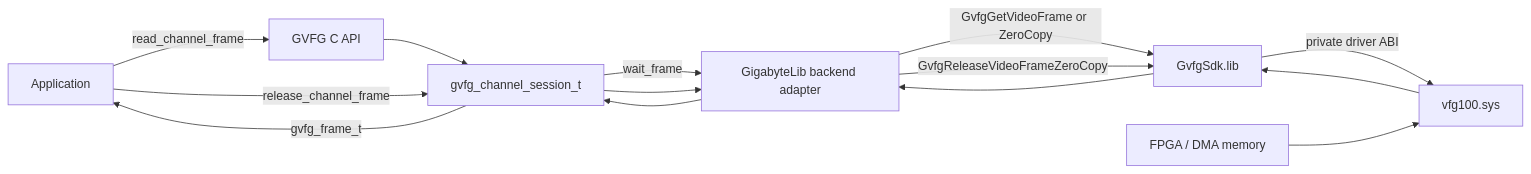
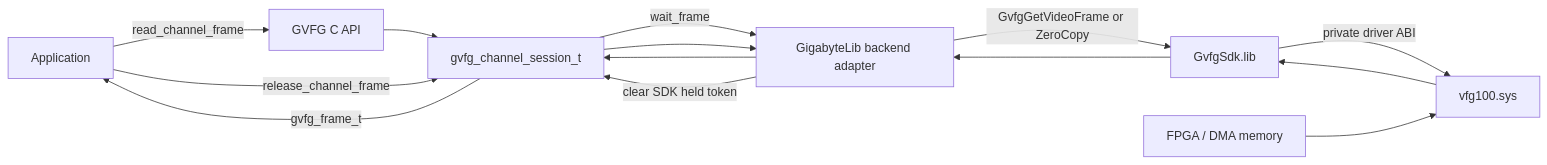
The first of 3 diagrams in docs/GVFG_FRAME_FLOW_AND_STATE.md (MarquezLin/GVFG_Standalone), drawn with Mermaid before and after one commit. The commit also changed other lines of this file and 26 other files, not shown here.

````diff
--- a/docs/GVFG_FRAME_FLOW_AND_STATE.md
+++ b/docs/GVFG_FRAME_FLOW_AND_STATE.md
@@ -7,24 +7,24 @@
 ```mermaid
 flowchart LR
     APP[Application]
     API[GVFG C API]
     CH[gvfg_channel_session_t]
     BE[GigabyteLib backend adapter]
     IO[GvfgSdk.lib]
     DRV[vfg100.sys]
     DMA[FPGA / DMA memory]
 
     APP -->|read_channel_frame| API
     API --> CH
     CH -->|wait_frame| BE
     BE -->|GvfgGetVideoFrame or ZeroCopy| IO
     IO -->|private driver ABI| DRV
     DMA --> DRV
     DRV --> IO
     IO --> BE
     BE --> CH
     CH -->|gvfg_frame_t| APP
     APP -->|release_channel_frame| CH
     CH --> BE
-    BE -->|GvfgReleaseVideoFrameZeroCopy| IO
+    BE -->|clear SDK held token| CH
 ```
````
